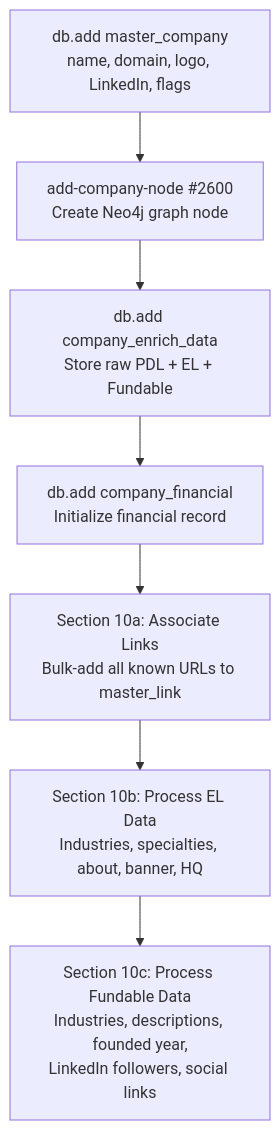
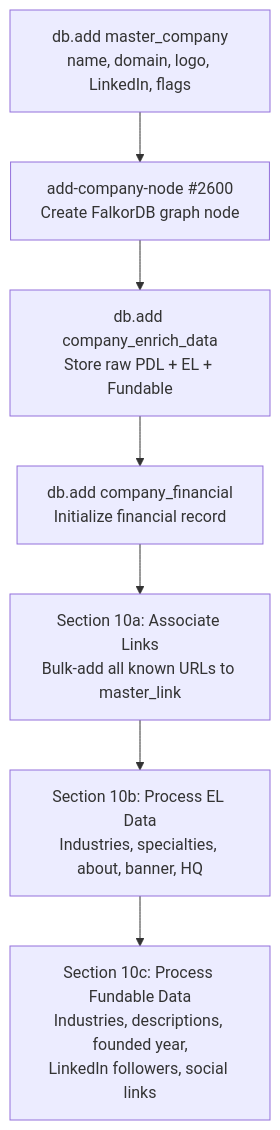
The fourth of 11 diagrams in guides/enrichment/waterfall.mdx (M-Pederson/docs), drawn with Mermaid before and after one commit. The commit also changed other lines of this file, not shown here.

Commit message:
Fix graph database references — Neo4j → FalkorDB

````diff
--- a/guides/enrichment/waterfall.mdx
+++ b/guides/enrichment/waterfall.mdx
@@ -155,9 +155,9 @@
 ```mermaid
 graph TD
-    A["db.add master_company<br/>name, domain, logo, LinkedIn, flags"] --> B["add-company-node #2600<br/>Create Neo4j graph node"]
+    A["db.add master_company<br/>name, domain, logo, LinkedIn, flags"] --> B["add-company-node #2600<br/>Create FalkorDB graph node"]
     B --> C["db.add company_enrich_data<br/>Store raw PDL + EL + Fundable"]
     C --> D["db.add company_financial<br/>Initialize financial record"]
     D --> E["Section 10a: Associate Links<br/>Bulk-add all known URLs to master_link"]
     E --> F["Section 10b: Process EL Data<br/>Industries, specialties, about, banner, HQ"]
     F --> G["Section 10c: Process Fundable Data<br/>Industries, descriptions, founded year,<br/>LinkedIn followers, social links"]
 ```
````
